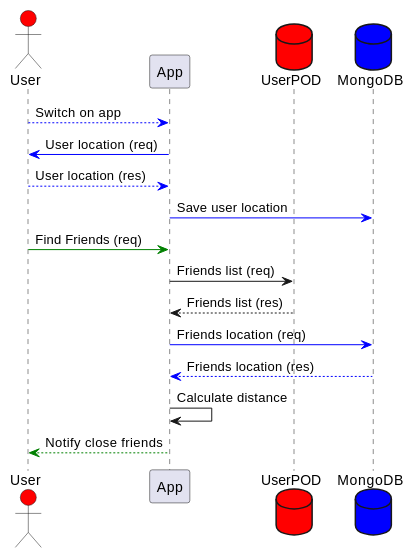
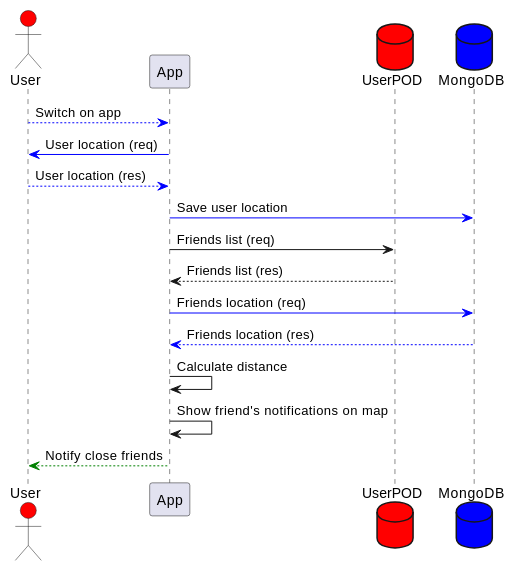
One commit to Arquisoft/radarin_es3b changed the third of 4 diagrams in webapp/docs/06_runtime_view.adoc. Above: the diagram before and after it, drawn with PlantUML. The commit also changed other lines of this file and 9 other files, not shown here.

```diff
--- a/webapp/docs/06_runtime_view.adoc
+++ b/webapp/docs/06_runtime_view.adoc
@@ -83,21 +83,20 @@
 [plantuml,"location diagram",png]
 ----
 @startuml
 actor User #red
 participant App
 database UserPOD #red
 database MongoDB #blue
 App <[#blue]--  User: Switch on app
 App -[#blue]>  User: User location (req)
 App <[#blue]--  User: User location (res)
 App -[#blue]> MongoDB: Save user location
-User -[#green]> App: Find Friends (req)
 App -> UserPOD: Friends list (req)
 App <-- UserPOD: Friends list (res)
 App -[#blue]> MongoDB: Friends location (req)
 App <[#blue]-- MongoDB: Friends location (res)
 App -> App: Calculate distance
+App -> App: Show friend's notifications on map
 App --[#green]> User: Notify close friends
-
 @enduml
 ----
```
